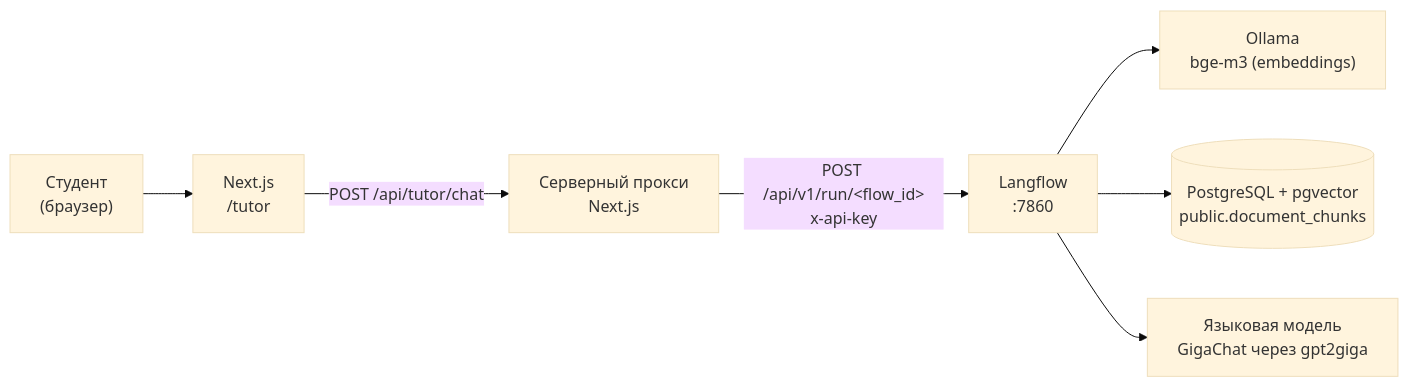
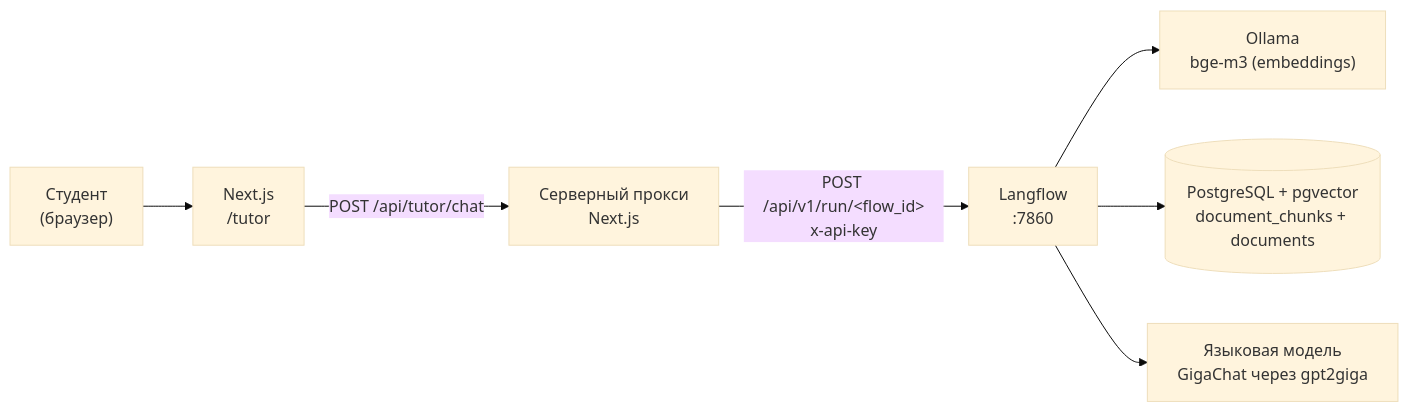
The first of 2 diagrams in README.md (InsomniaGlitch/proedu_2026-2027), drawn with Mermaid (base theme) before and after one commit. The commit also changed other lines of this file and 1 other file, not shown here.

````diff
--- a/README.md
+++ b/README.md
@@ -37,9 +37,9 @@
 ```mermaid
 flowchart LR
     U["Студент<br/>(браузер)"] --> F["Next.js<br/>/tutor"]
     F -->|"POST /api/tutor/chat"| P["Серверный прокси<br/>Next.js"]
     P -->|"POST /api/v1/run/&lt;flow_id&gt;<br/>x-api-key"| L["Langflow<br/>:7860"]
     L --> E["Ollama<br/>bge-m3 (embeddings)"]
-    L --> D[("PostgreSQL + pgvector<br/>public.document_chunks")]
+    L --> D[("PostgreSQL + pgvector<br/>document_chunks + documents")]
     L --> M["Языковая модель<br/>GigaChat через gpt2giga"]
 ```
````
